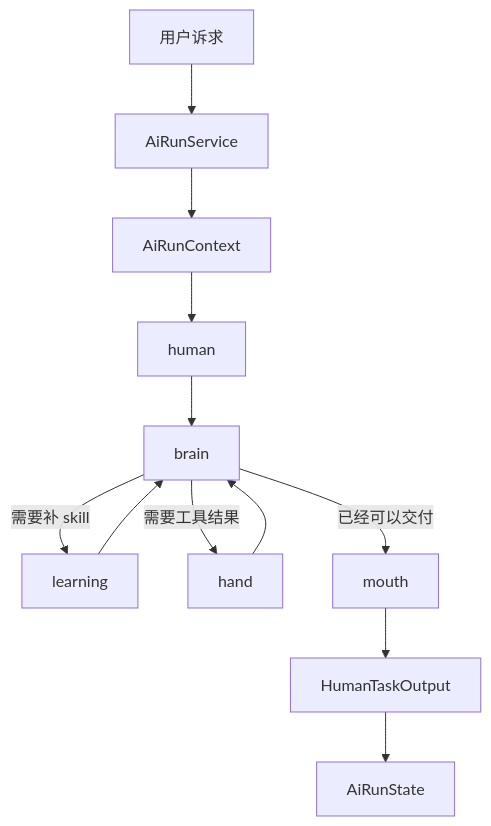
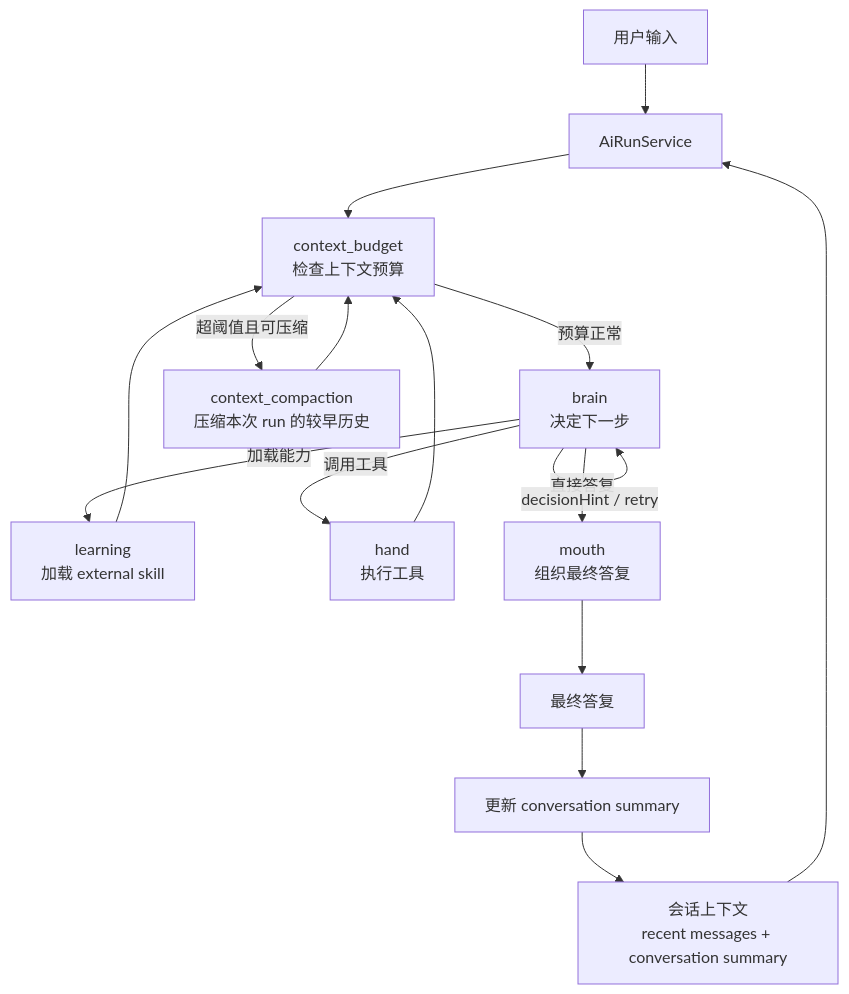
One commit to Yoan98/Ncurator changed the diagram in doc/ai-design/architecture.md. Above: the diagram before and after it, drawn with Mermaid. The commit also changed other lines of this file and 2 other files, not shown here.

Commit message:
refactor: enhance AI architecture and implementation documentation for clarity and consistency

````diff
--- a/doc/ai-design/architecture.md
+++ b/doc/ai-design/architecture.md
@@ -7,14 +7,34 @@
 ```mermaid
 flowchart TD
-    A["用户诉求"] --> B["AiRunService"]
-    B --> C["AiRunContext"]
-    C --> D["human"]
-    D --> E["brain"]
-    E -->|需要补 skill| F["learning"]
-    E -->|需要工具结果| G["hand"]
-    E -->|已经可以交付| H["mouth"]
-    F --> E
-    G --> E
-    H --> I["HumanTaskOutput"]
-    I --> J["AiRunState"]
+    U["用户输入"]
+    S["会话上下文<br/>recent messages + conversation summary"]
+    R["AiRunService"]
+    B["context_budget<br/>检查上下文预算"]
+    C["brain<br/>决定下一步"]
+    D["learning<br/>加载 external skill"]
+    E["hand<br/>执行工具"]
+    F["mouth<br/>组织最终答复"]
+    H["context_compaction<br/>压缩本次 run 的较早历史"]
+    O["最终答复"]
+    M["更新 conversation summary"]
+
+    U --> R
+    S --> R
+    R --> B
+
+    B -->|预算正常| C
+    B -->|超阈值且可压缩| H
+    H --> B
+
+    C -->|加载能力| D
+    C -->|调用工具| E
+    C -->|直接答复| F
+    C -->|decisionHint / retry| C
+
+    D --> B
+    E --> B
+    F --> O
+
+    O --> M
+    M --> S
 ```
````
